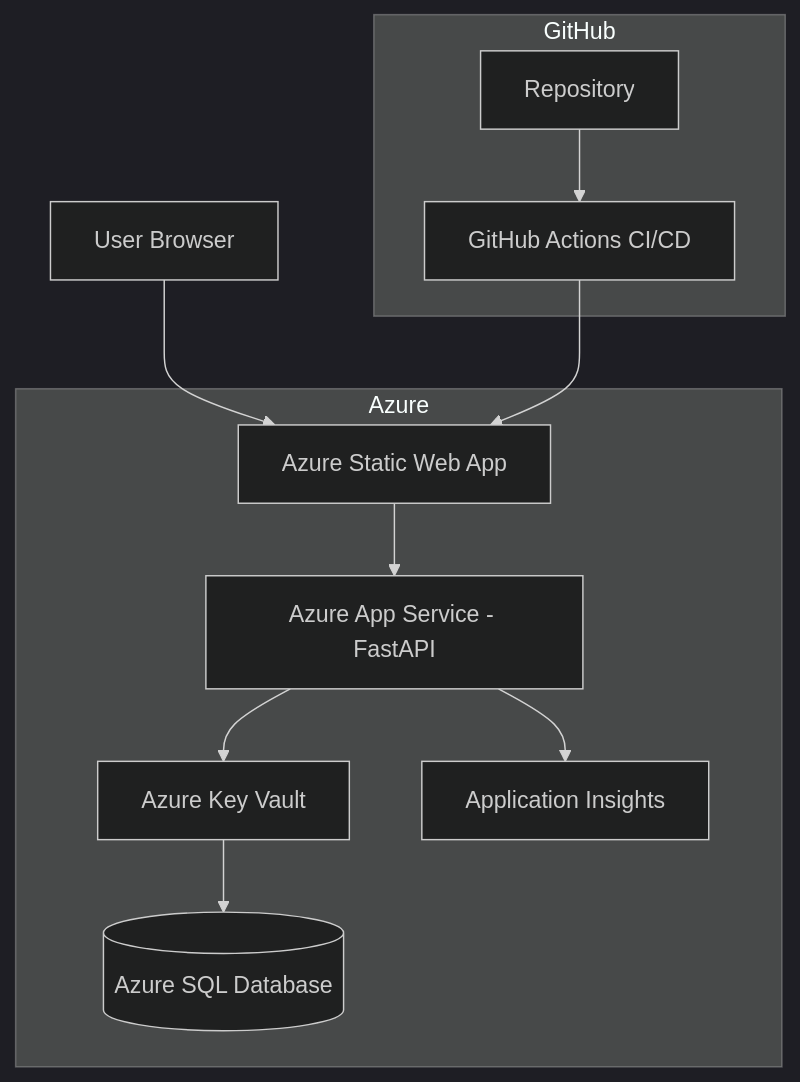
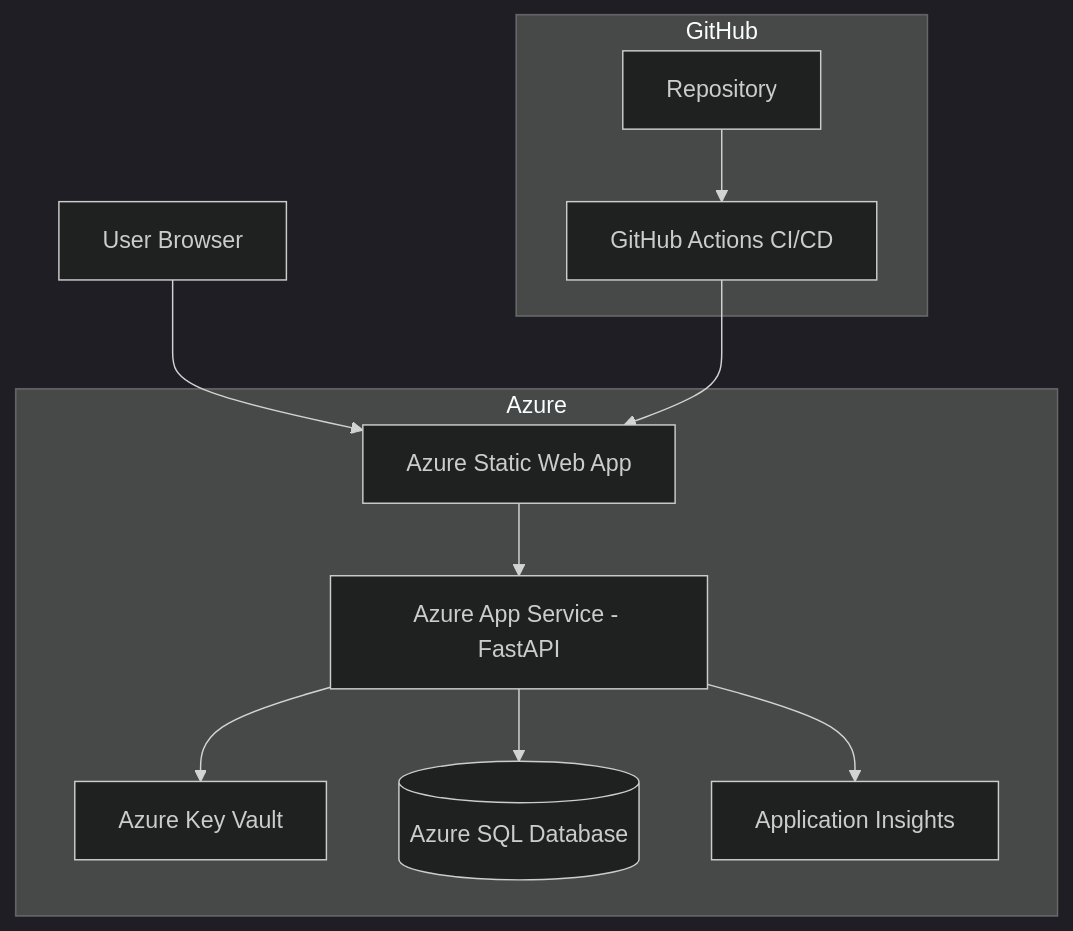
The diagram in README.md (Kethanx/azure-medical-3tier-portal), drawn with Mermaid (dark theme) before and after one commit. The commit also changed other lines of this file, not shown here.

````diff
--- a/README.md
+++ b/README.md
@@ -42,25 +42,25 @@
 ```mermaid
 flowchart TD
     U[User Browser]
 
     subgraph Azure
         F[Azure Static Web App]
         B[Azure App Service - FastAPI]
         K[Azure Key Vault]
         D[(Azure SQL Database)]
         M[Application Insights]
     end
 
     subgraph GitHub
         R[Repository]
         C[GitHub Actions CI/CD]
     end
 
     U --> F
     F --> B
+    B --> D
     B --> K
-    K --> D
     B --> M
     R --> C
     C --> F
 ```
````
